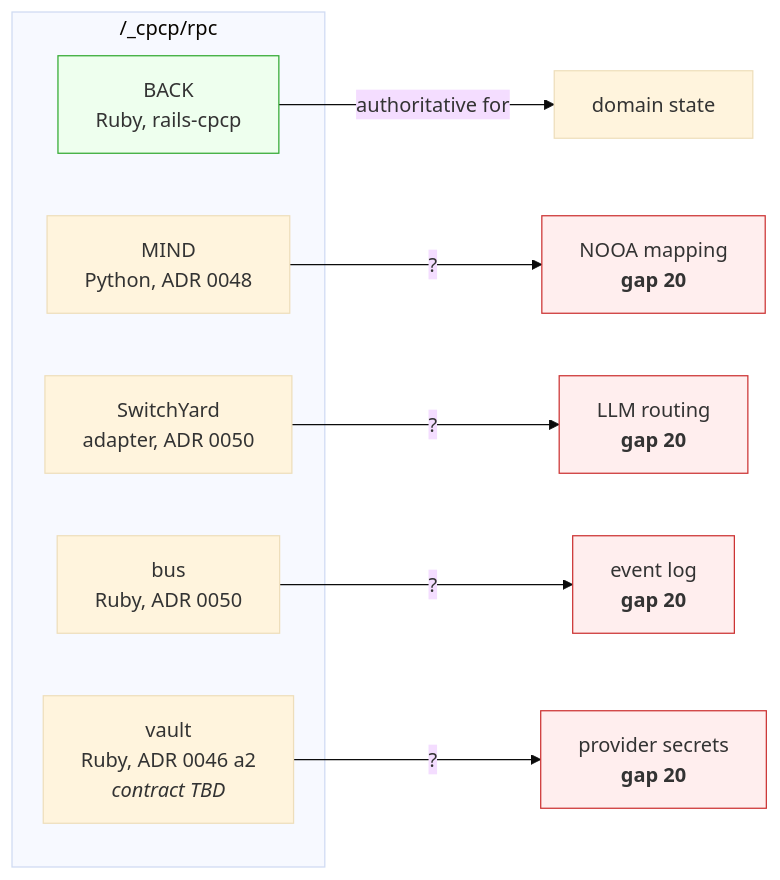
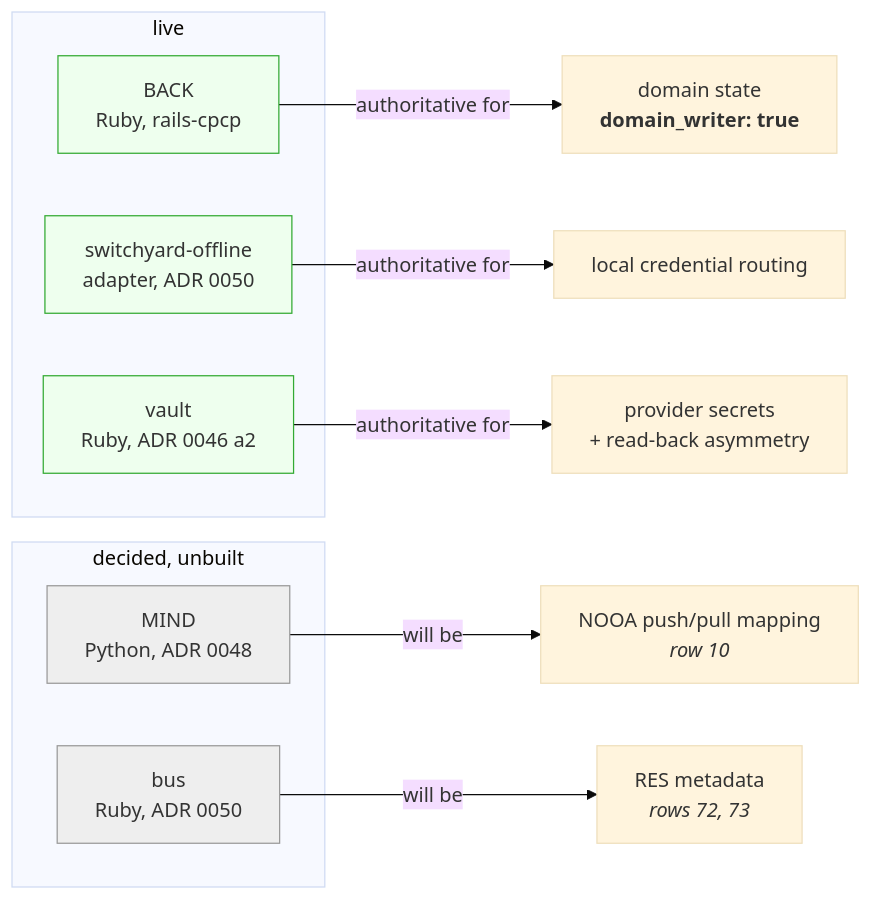
The fourth of 6 diagrams in docs/architecture/ContainerTopology.md (laquereric/magentic-stack), drawn with Mermaid (base theme) before and after one commit. The commit also changed other lines of this file, not shown here.

````diff
--- a/docs/architecture/ContainerTopology.md
+++ b/docs/architecture/ContainerTopology.md
@@ -133,21 +167,23 @@
 ```mermaid
 graph LR
-  subgraph seams["/_cpcp/rpc"]
+  subgraph live["live"]
     S1["BACK<br/>Ruby, rails-cpcp"]
-    S2["MIND<br/>Python, ADR 0048"]
-    S3["SwitchYard<br/>adapter, ADR 0050"]
-    S4["bus<br/>Ruby, ADR 0050"]
-    S5["vault<br/>Ruby, ADR 0046 a2<br/><i>contract TBD</i>"]
+    S2["switchyard-offline<br/>adapter, ADR 0050"]
+    S3["vault<br/>Ruby, ADR 0046 a2"]
   end
-  S1 -->|"authoritative for"| A1["domain state"]
-  S2 -->|"?"| A2["NOOA mapping<br/><b>gap 20</b>"]
-  S3 -->|"?"| A3["LLM routing<br/><b>gap 20</b>"]
-  S4 -->|"?"| A4["event log<br/><b>gap 20</b>"]
-  S5 -->|"?"| A5["provider secrets<br/><b>gap 20</b>"]
+  subgraph unbuilt["decided, unbuilt"]
+    S4["MIND<br/>Python, ADR 0048"]
+    S5["bus<br/>Ruby, ADR 0050"]
+  end
+  S1 -->|"authoritative for"| A1["domain state<br/><b>domain_writer: true</b>"]
+  S2 -->|"authoritative for"| A2["local credential routing"]
+  S3 -->|"authoritative for"| A3["provider secrets<br/>+ read-back asymmetry"]
+  S4 -->|"will be"| A4["NOOA push/pull mapping<br/><i>row 10</i>"]
+  S5 -->|"will be"| A5["RES metadata<br/><i>rows 72, 73</i>"]
 
   style S1 fill:#efe,stroke:#3a3
-  style A5 fill:#fee,stroke:#c33
-  style A2 fill:#fee,stroke:#c33
-  style A3 fill:#fee,stroke:#c33
-  style A4 fill:#fee,stroke:#c33
+  style S2 fill:#efe,stroke:#3a3
+  style S3 fill:#efe,stroke:#3a3
+  style S4 fill:#eee,stroke:#999
+  style S5 fill:#eee,stroke:#999
 ```
````
